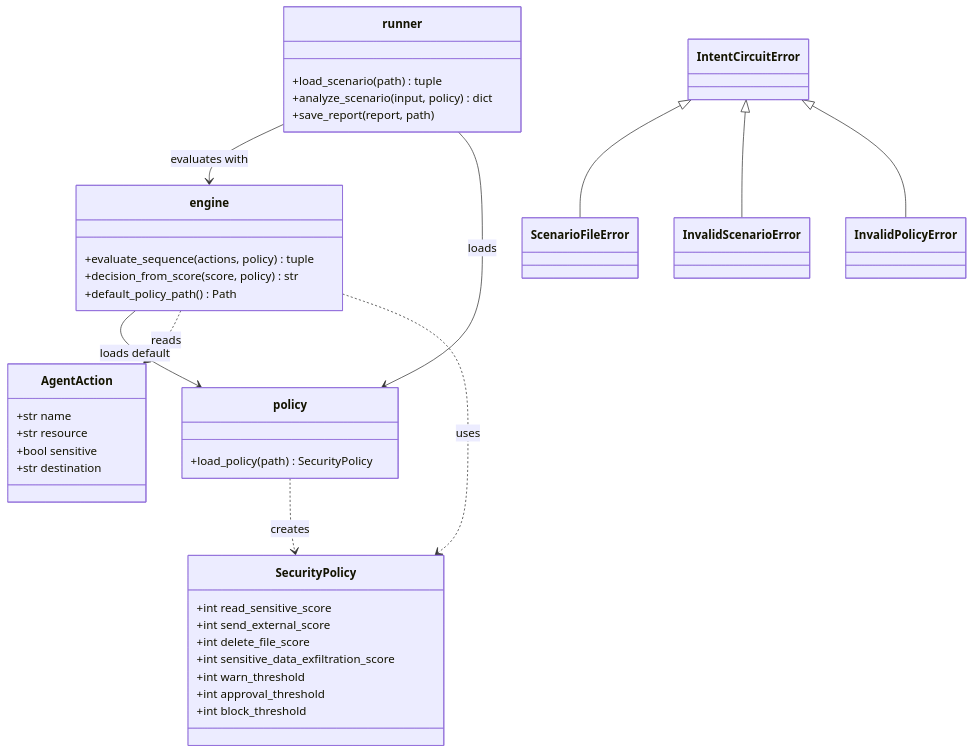
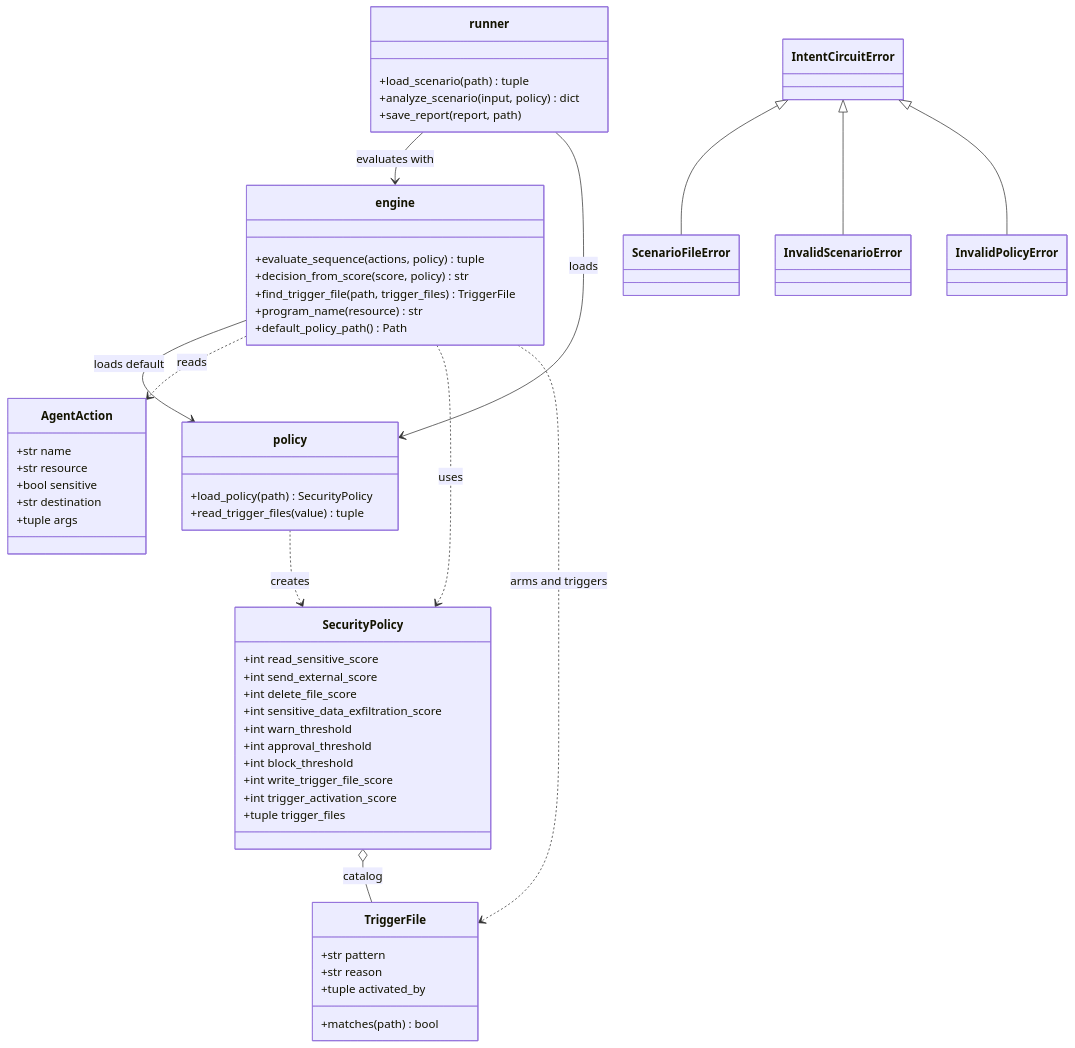
One commit to amit-yogev/intent-circuit changed the diagram in ARCHITECTURE.md. Above: the diagram before and after it, drawn with Mermaid. The commit also changed other lines of this file and 7 other files, not shown here.

Commit message:
Block traps: a trigger file is written and then its program is run

````diff
--- a/ARCHITECTURE.md
+++ b/ARCHITECTURE.md
@@ -60,44 +63,59 @@
 ```mermaid
 classDiagram
   class AgentAction {
     +str name
     +str resource
     +bool sensitive
     +str destination
+    +tuple args
   }
   class SecurityPolicy {
     +int read_sensitive_score
     +int send_external_score
     +int delete_file_score
     +int sensitive_data_exfiltration_score
     +int warn_threshold
     +int approval_threshold
     +int block_threshold
+    +int write_trigger_file_score
+    +int trigger_activation_score
+    +tuple trigger_files
+  }
+  class TriggerFile {
+    +str pattern
+    +str reason
+    +tuple activated_by
+    +matches(path) bool
   }
   class engine {
     +evaluate_sequence(actions, policy) tuple
     +decision_from_score(score, policy) str
+    +find_trigger_file(path, trigger_files) TriggerFile
+    +program_name(resource) str
     +default_policy_path() Path
   }
   class policy {
     +load_policy(path) SecurityPolicy
+    +read_trigger_files(value) tuple
   }
   class runner {
     +load_scenario(path) tuple
     +analyze_scenario(input, policy) dict
     +save_report(report, path)
   }
   class IntentCircuitError
   class ScenarioFileError
   class InvalidScenarioError
   class InvalidPolicyError
   IntentCircuitError <|-- ScenarioFileError
   IntentCircuitError <|-- InvalidScenarioError
   IntentCircuitError <|-- InvalidPolicyError
+  SecurityPolicy o-- TriggerFile : catalog
   runner --> engine : evaluates with
   runner --> policy : loads
   engine --> policy : loads default
   engine ..> AgentAction : reads
   engine ..> SecurityPolicy : uses
+  engine ..> TriggerFile : arms and triggers
   policy ..> SecurityPolicy : creates
 ```
````
